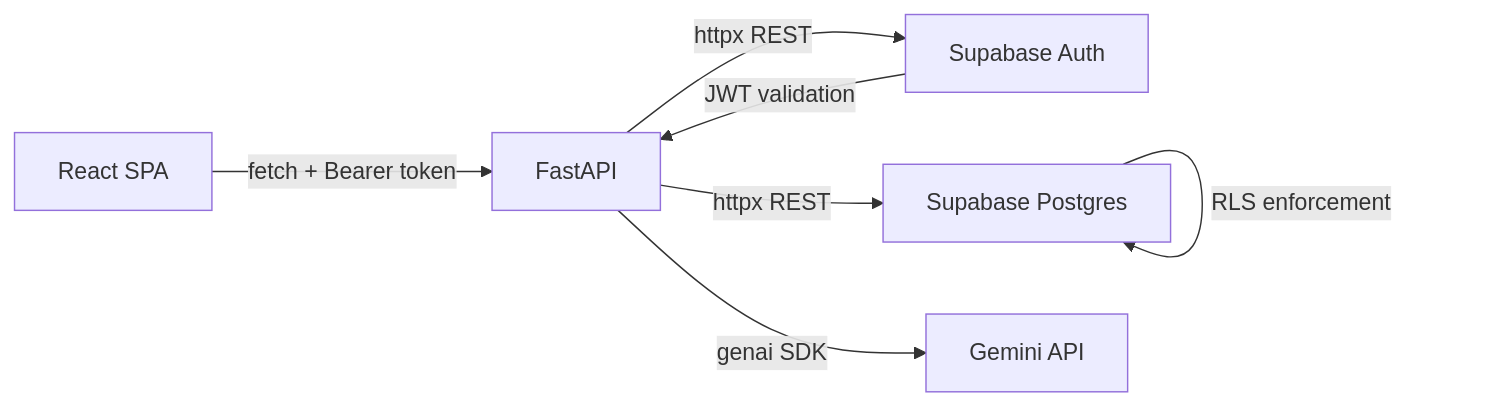
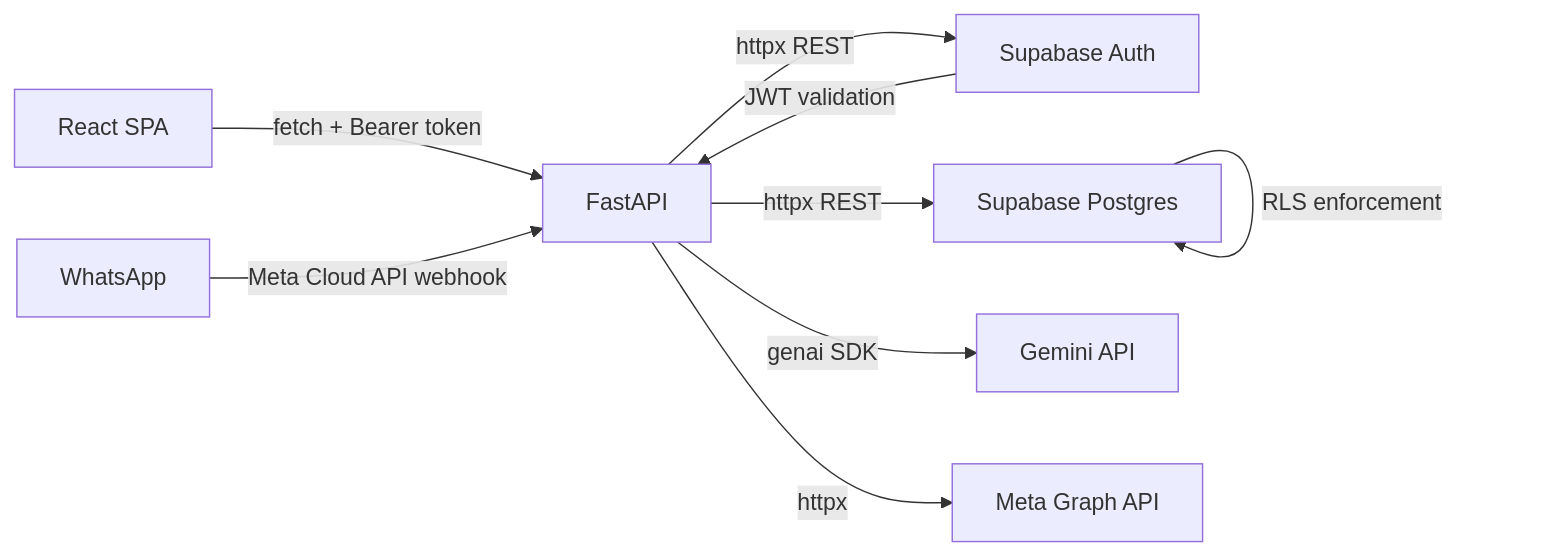
Before and after one commit to JustKelly-sys/LexFlow: the first of 5 diagrams in ARCHITECTURE.md, drawn with Mermaid. The commit also changed other lines of this file, not shown here.

First line of the commit message:
docs: update README + ARCHITECTURE with WhatsApp integration

````diff
--- a/ARCHITECTURE.md
+++ b/ARCHITECTURE.md
@@ -7,9 +7,11 @@
 ```mermaid
 graph LR
     A[React SPA] -->|fetch + Bearer token| B[FastAPI]
+    W[WhatsApp] -->|Meta Cloud API webhook| B
     B -->|httpx REST| C[Supabase Auth]
     B -->|httpx REST| D[Supabase Postgres]
     B -->|genai SDK| E[Gemini API]
+    B -->|httpx| F[Meta Graph API]
     C -->|JWT validation| B
     D -->|RLS enforcement| D
 ```
````
